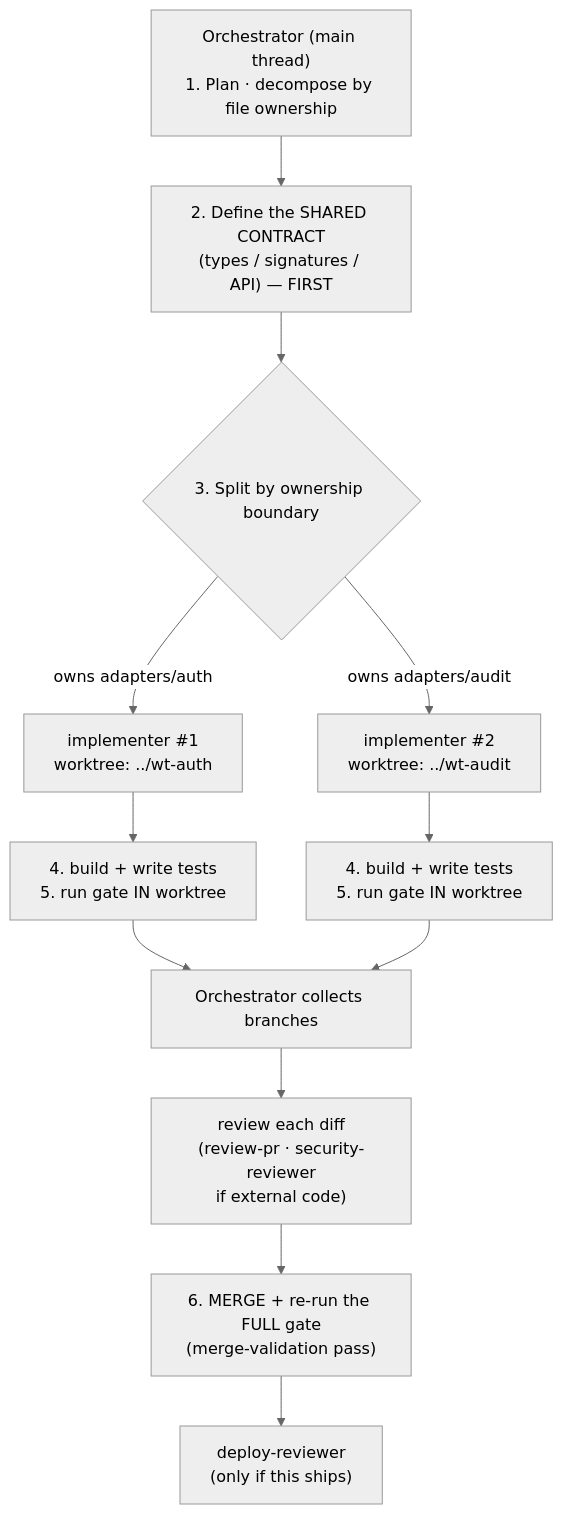
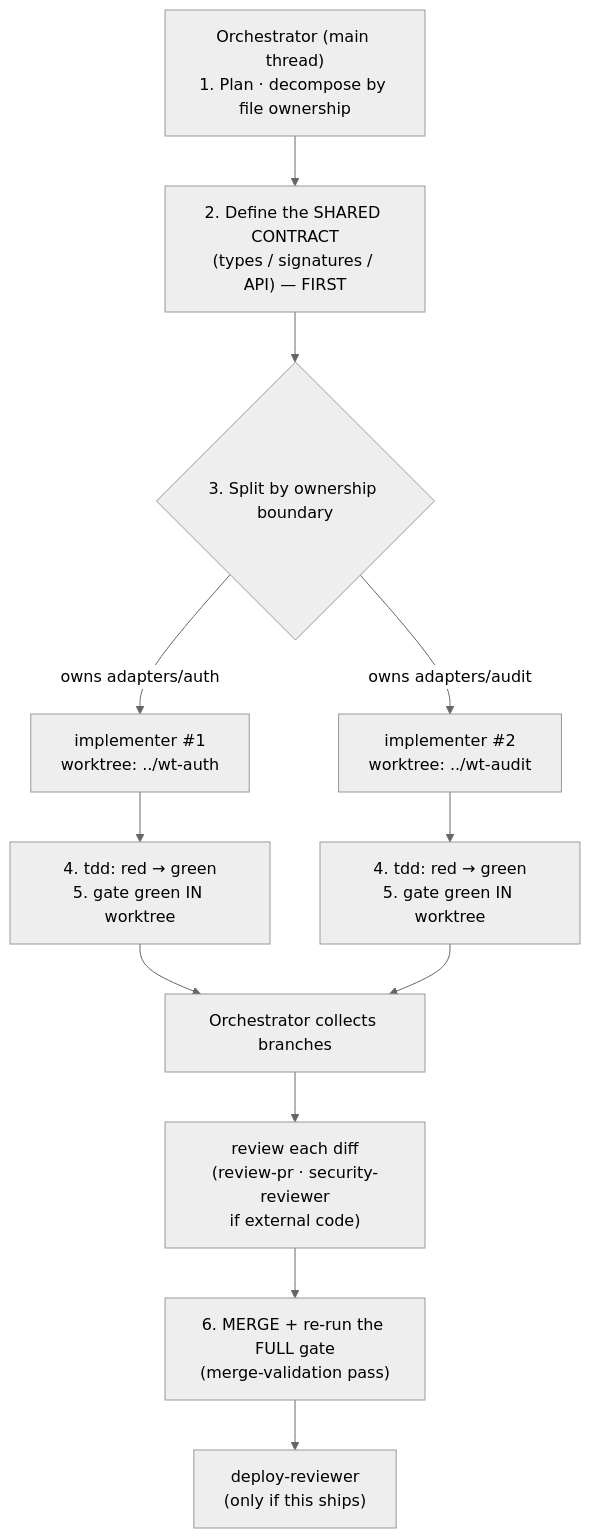
Before and after one commit to KSriki/agent-harness-template: the diagram in docs/multi-agent-orchestration.md, drawn with Mermaid (neutral theme). The commit also changed other lines of this file and 2 other files, not shown here.

Commit message:
Make TDD mandatory in the parallel-worker loop
Agent-written tests-after can bless their own bugs; red-before-green encodes
intent independently of the implementation. So the worker loop now requires it
structurally, not stylistically:

- implementer rule 3: "write tests with the code" -> "build test-FIRST" per the
  tdd skill — failing test from the ticket's acceptance criteria, then minimal
  code, one vertical slice; gate green in the worktree before reporting.
- orchestrate-agents: pattern step 5 is now "TDD per worker (red before green)";
  each frontier ticket's acceptance criteria become the worker's first failing
  tests (the prd-to-issues -> tdd handshake); test-writer demoted to covering
  code that already exists — it is not part of the worker loop.
- docs/multi-agent-orchestration.md: diagram + invocation prompt updated to match.

````diff
--- a/docs/multi-agent-orchestration.md
+++ b/docs/multi-agent-orchestration.md
@@ -16,14 +16,14 @@
 ```mermaid
 flowchart TD
     A["Orchestrator (main thread)<br/>1. Plan · decompose by file ownership"] --> B["2. Define the SHARED CONTRACT<br/>(types / signatures / API) — FIRST"]
     B --> C{"3. Split by ownership boundary"}
     C -->|owns adapters/auth| D["implementer #1<br/>worktree: ../wt-auth"]
     C -->|owns adapters/audit| E["implementer #2<br/>worktree: ../wt-audit"]
-    D --> D2["4. build + write tests<br/>5. run gate IN worktree"]
-    E --> E2["4. build + write tests<br/>5. run gate IN worktree"]
+    D --> D2["4. tdd: red → green<br/>5. gate green IN worktree"]
+    E --> E2["4. tdd: red → green<br/>5. gate green IN worktree"]
     D2 --> F["Orchestrator collects branches"]
     E2 --> F
     F --> G["review each diff<br/>(review-pr · security-reviewer<br/>if external code)"]
     G --> H["6. MERGE + re-run the FULL gate<br/>(merge-validation pass)"]
     H --> I["deploy-reviewer<br/>(only if this ships)"]
 ```
````
